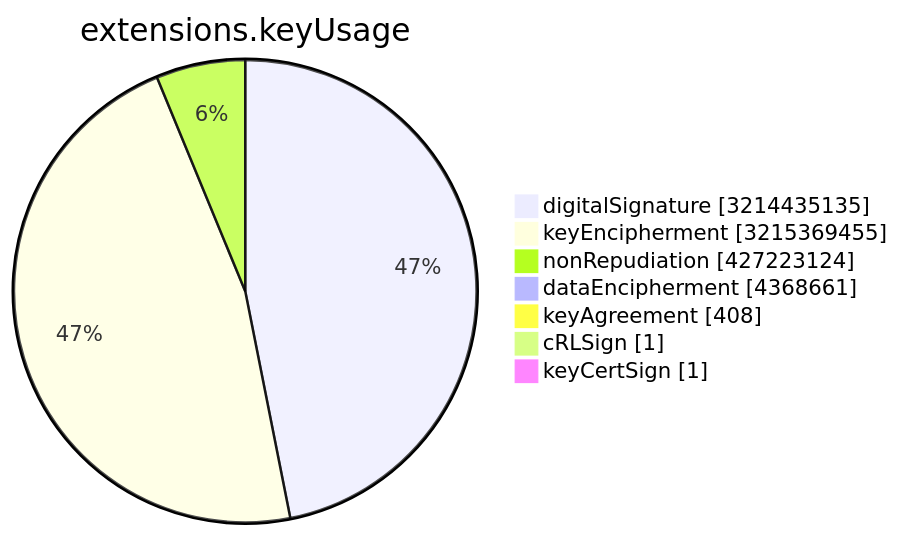
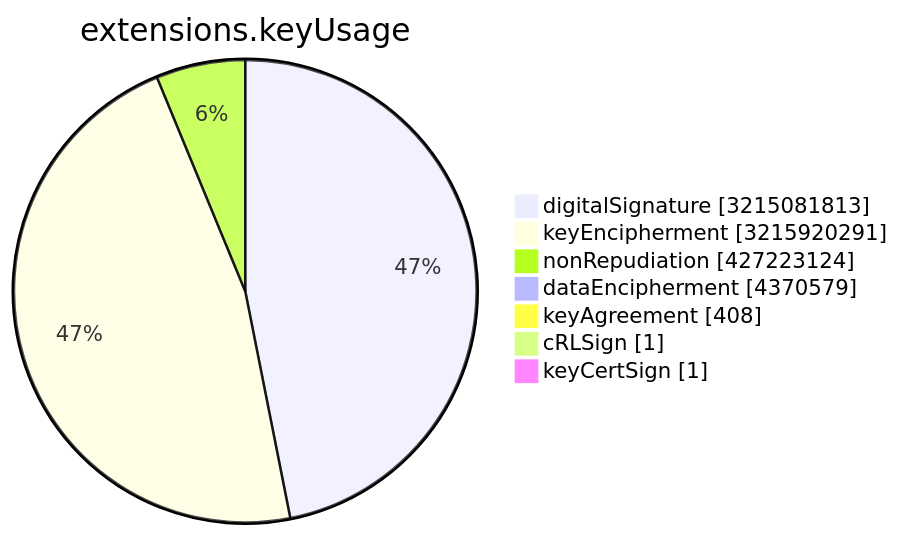
Before and after one commit to christiankrug/ctmonitor_visualization: the sixth of 15 diagrams in TOTAL/README.md, drawn with Mermaid. The commit also changed other lines of this file, not shown here.

````diff
--- a/TOTAL/README.md
+++ b/TOTAL/README.md
@@ -3077,11 +3077,11 @@
 ```mermaid
 pie showData
 title extensions.keyUsage
-"digitalSignature" :3214435135
-"keyEncipherment" :3215369455
+"digitalSignature" :3215081813
+"keyEncipherment" :3215920291
 "nonRepudiation" :427223124
-"dataEncipherment" :4368661
+"dataEncipherment" :4370579
 "keyAgreement" :408
 "cRLSign" :1
 "keyCertSign" :1
 ```
````
